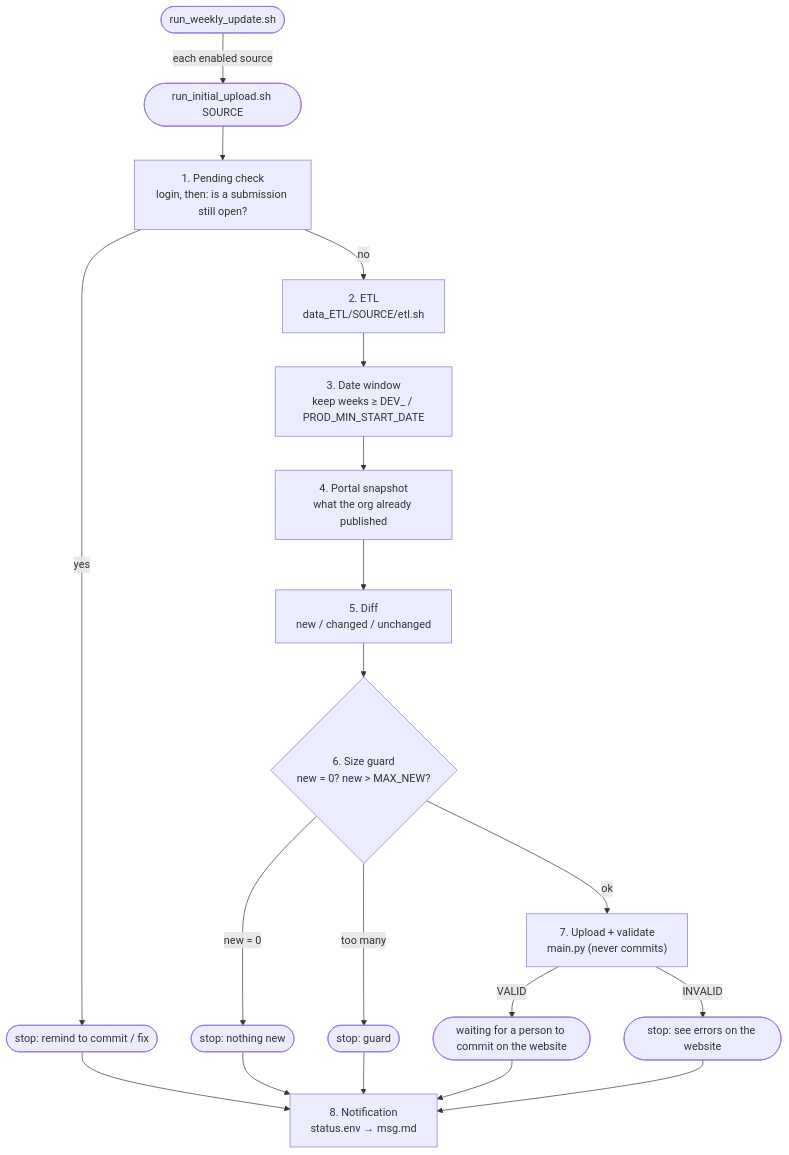
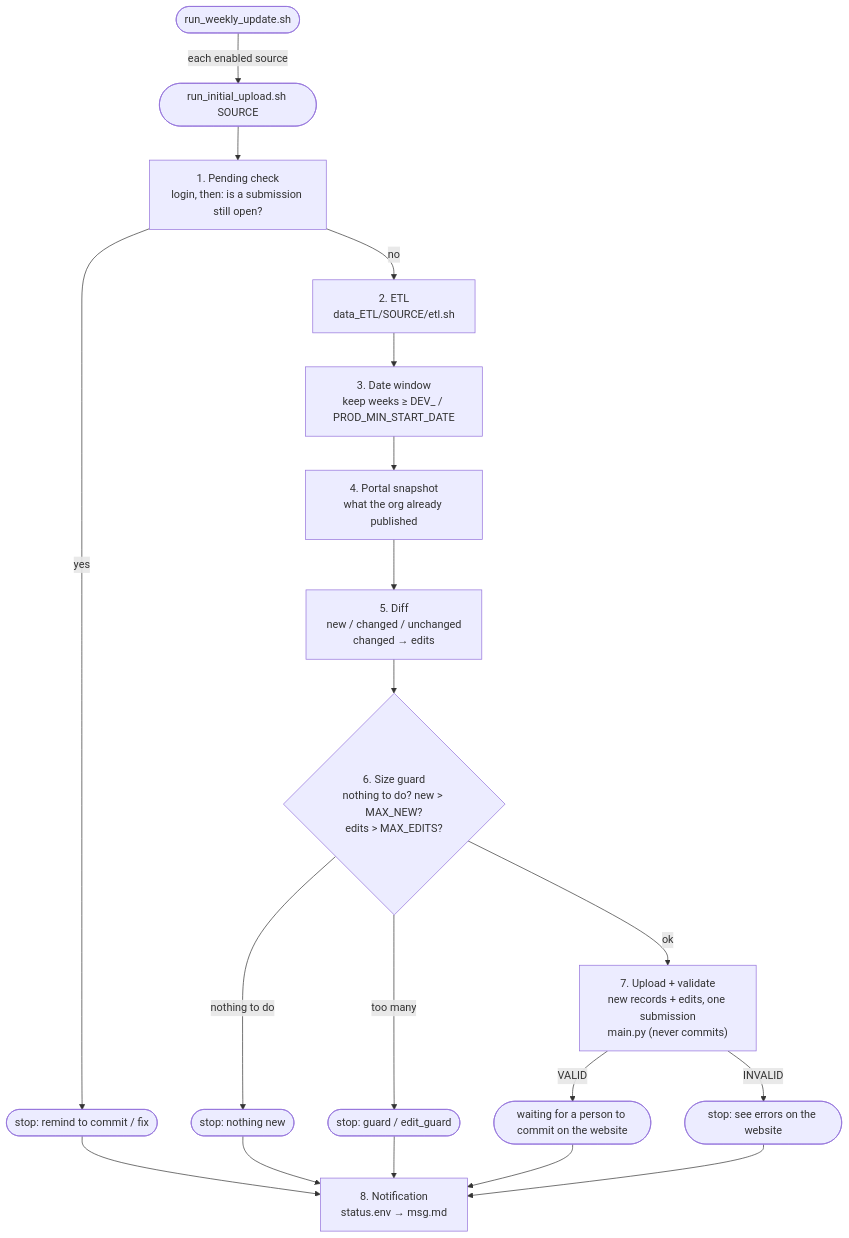
The diagram in docs/how_a_run_works.md (bfjia/iMicroSeqDataPorta_DataIngestion), drawn with Mermaid before and after one commit. The commit also changed other lines of this file and 20 other files, not shown here.

First line of the commit message:
Send revised published records as edits, in the same submission

````diff
--- a/docs/how_a_run_works.md
+++ b/docs/how_a_run_works.md
@@ -10,17 +10,17 @@
 ```mermaid
 flowchart TD
     W([run_weekly_update.sh]) -->|each enabled source| S([run_initial_upload.sh SOURCE])
     S --> P1["1. Pending check<br/>login, then: is a submission still open?"]
     P1 -->|"yes"| STOPW([stop: remind to commit / fix])
     P1 -->|"no"| P2["2. ETL<br/>data_ETL/SOURCE/etl.sh"]
     P2 --> P3["3. Date window<br/>keep weeks ≥ DEV_ / PROD_MIN_START_DATE"]
     P3 --> P4["4. Portal snapshot<br/>what the org already published"]
-    P4 --> P5["5. Diff<br/>new / changed / unchanged"]
-    P5 --> P6{"6. Size guard<br/>new = 0? new > MAX_NEW?"}
-    P6 -->|"new = 0"| STOPN([stop: nothing new])
-    P6 -->|"too many"| STOPG([stop: guard])
-    P6 -->|"ok"| P7["7. Upload + validate<br/>main.py (never commits)"]
+    P4 --> P5["5. Diff<br/>new / changed / unchanged<br/>changed → edits"]
+    P5 --> P6{"6. Size guard<br/>nothing to do? new > MAX_NEW?<br/>edits > MAX_EDITS?"}
+    P6 -->|"nothing to do"| STOPN([stop: nothing new])
+    P6 -->|"too many"| STOPG([stop: guard / edit_guard])
+    P6 -->|"ok"| P7["7. Upload + validate<br/>new records + edits, one submission<br/>main.py (never commits)"]
     P7 -->|VALID| REV([waiting for a person to commit on the website])
     P7 -->|INVALID| INV([stop: see errors on the website])
     STOPW & STOPN & STOPG & REV & INV --> N["8. Notification<br/>status.env → msg.md"]
 ```
````
